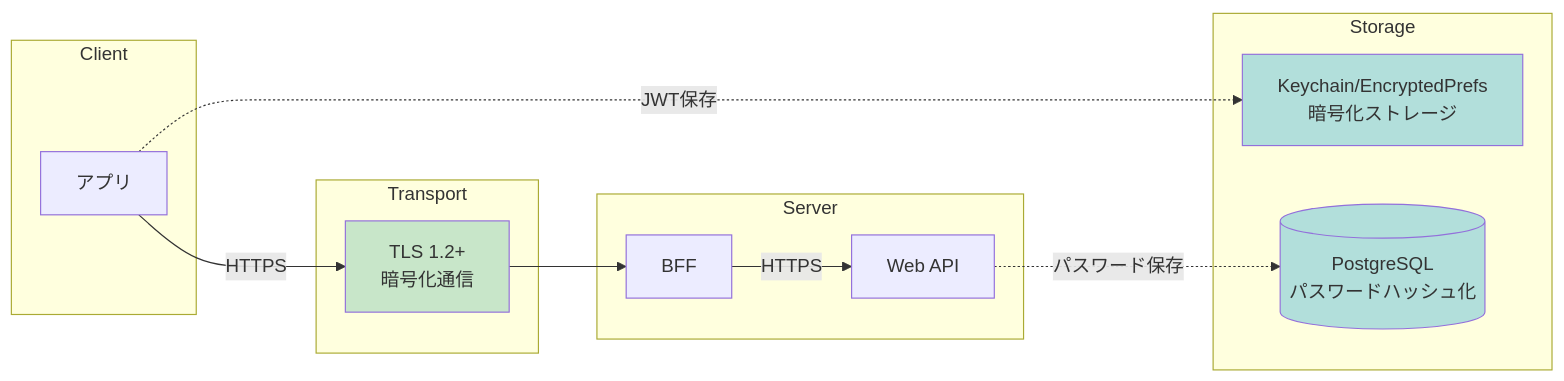
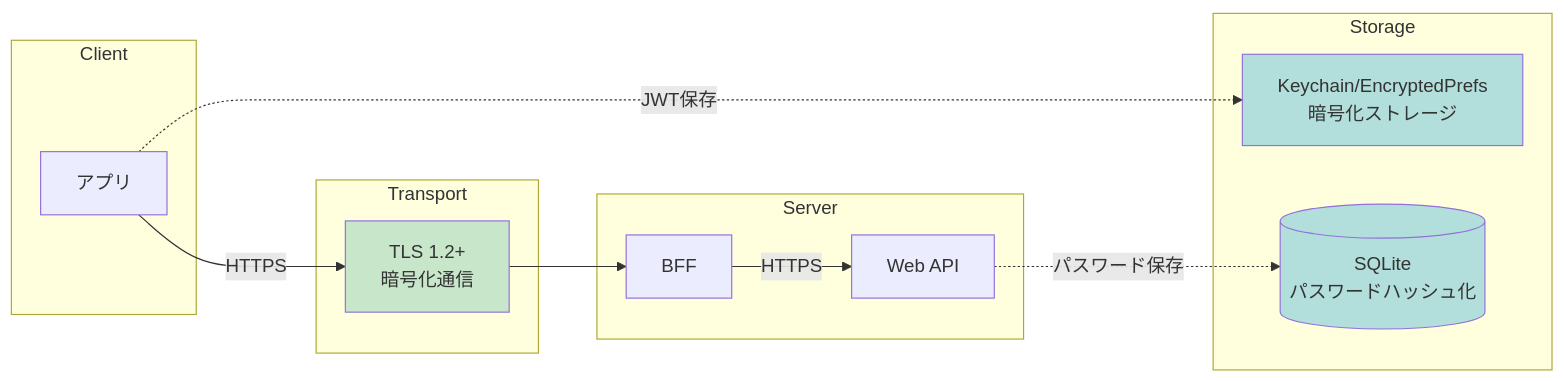
The tenth of 10 diagrams in docs/architecture/01-system-context.md (Takas0522/ws-demo-mobile-app), drawn with Mermaid before and after one commit. The commit also changed other lines of this file and 42 other files, not shown here.

First line of the commit message:
docs: update all PostgreSQL references to SQLite

````diff
--- a/docs/architecture/01-system-context.md
+++ b/docs/architecture/01-system-context.md
@@ -366,30 +366,30 @@
 ```mermaid
 graph LR
     subgraph "Client"
         App[アプリ]
     end
     
     subgraph "Transport"
         TLS[TLS 1.2+<br/>暗号化通信]
     end
     
     subgraph "Server"
         BFF[BFF]
         API[Web API]
     end
     
     subgraph "Storage"
         Keychain[Keychain/EncryptedPrefs<br/>暗号化ストレージ]
-        DB[(PostgreSQL<br/>パスワードハッシュ化)]
+        DB[(SQLite<br/>パスワードハッシュ化)]
     end
     
     App -->|HTTPS| TLS
     TLS --> BFF
     BFF -->|HTTPS| API
     App -.->|JWT保存| Keychain
     API -.->|パスワード保存| DB
     
     style TLS fill:#c8e6c9
     style Keychain fill:#b2dfdb
     style DB fill:#b2dfdb
 ```
````
